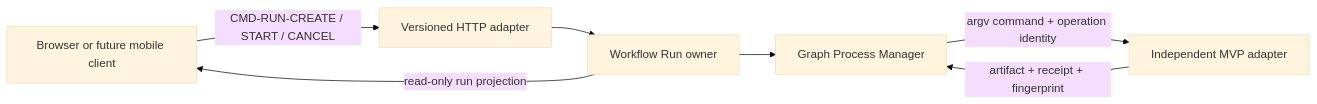
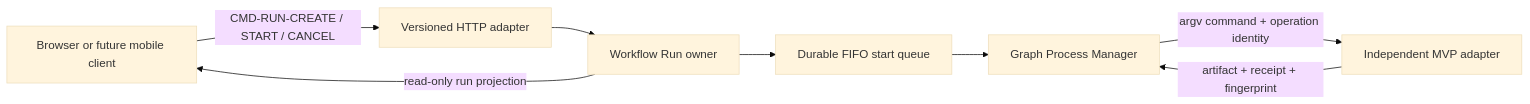
The first of 2 diagrams in docs/project/architecture/design/blueprints/video-graph-studio.md (wohuishuo/cc-video-pipeline), drawn with Mermaid (base theme) before and after one commit. The commit also changed other lines of this file and 21 other files, not shown here.

Commit message:
feat(studio): add durable serial run queue

````diff
--- a/docs/project/architecture/design/blueprints/video-graph-studio.md
+++ b/docs/project/architecture/design/blueprints/video-graph-studio.md
@@ -15,9 +15,10 @@
 ```mermaid
 flowchart LR
     Client["Browser or future mobile client"] -->|"CMD-RUN-CREATE / START / CANCEL"| HTTP["Versioned HTTP adapter"]
     HTTP --> Run["Workflow Run owner"]
-    Run --> Process["Graph Process Manager"]
+    Run --> Queue["Durable FIFO start queue"]
+    Queue --> Process["Graph Process Manager"]
     Process -->|"argv command + operation identity"| MVP["Independent MVP adapter"]
     MVP -->|"artifact + receipt + fingerprint"| Process
     Run -->|"read-only run projection"| Client
 ```
````
